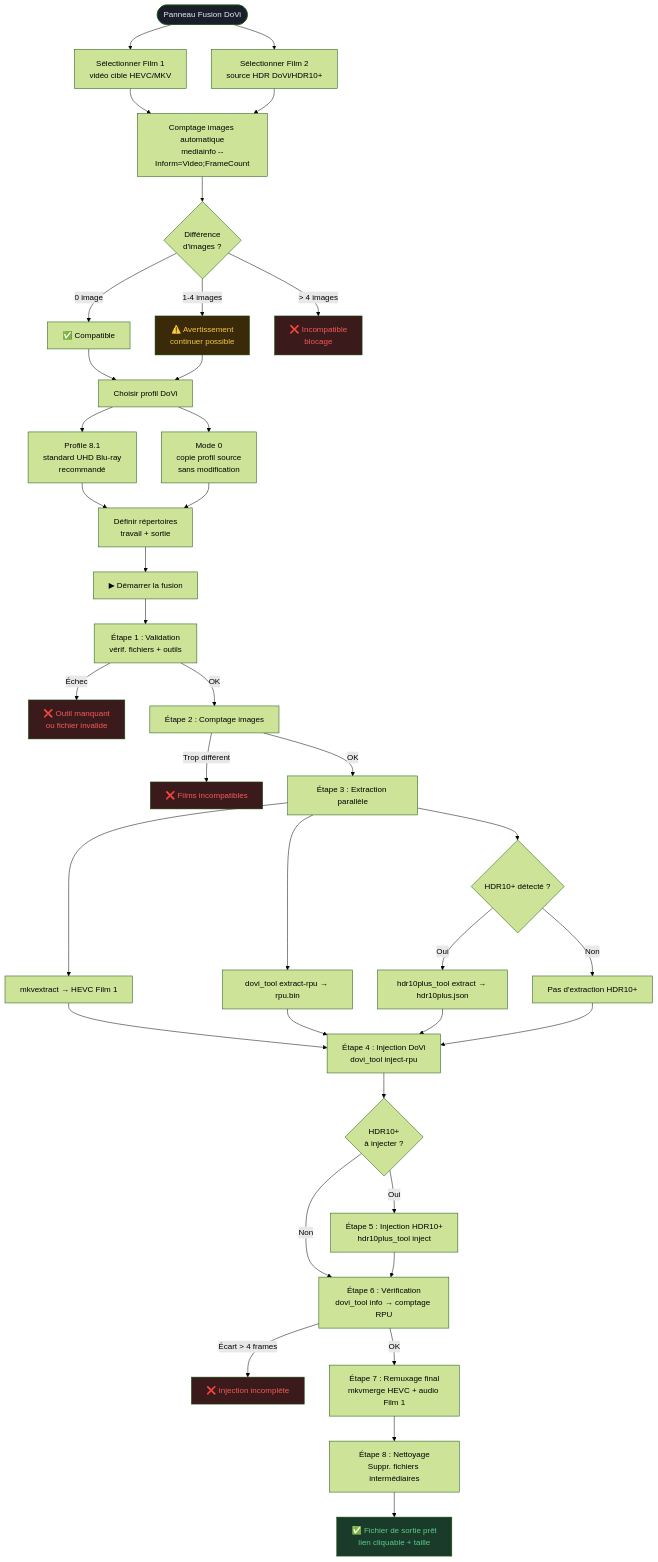
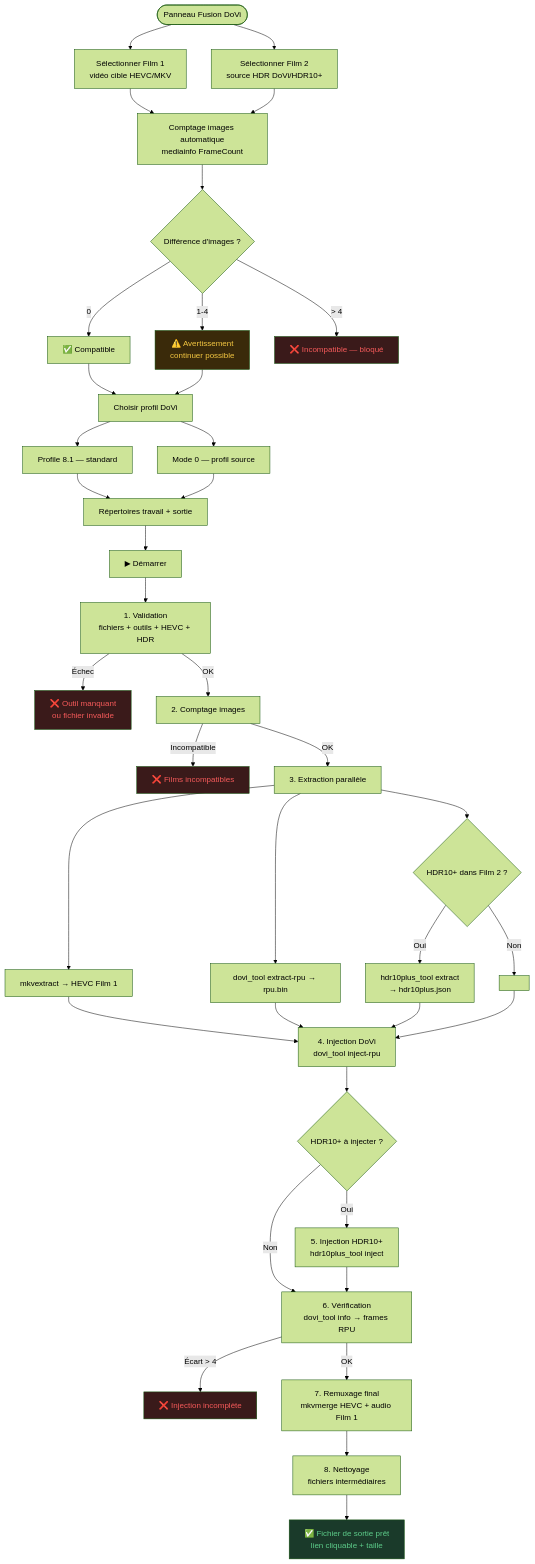
Before and after one commit to Hydro74000/muxiveo: the fourth of 5 diagrams in README.md, drawn with Mermaid (forest theme). The commit also changed other lines of this file, not shown here.

````diff
--- a/README.md
+++ b/README.md
@@ -584,51 +614,48 @@
 ```mermaid
 flowchart TD
     A([Panneau Fusion DoVi]) --> B1[Sélectionner Film 1\nvidéo cible HEVC/MKV]
     A --> B2[Sélectionner Film 2\nsource HDR DoVi/HDR10+]
 
-    B1 & B2 --> C[Comptage images automatique\nmediainfo --Inform=Video;FrameCount]
+    B1 & B2 --> C[Comptage images automatique\nmediainfo FrameCount]
 
-    C --> D{Différence\nd'images ?}
-    D -->|0 image| E[✅ Compatible]
-    D -->|1-4 images| F[⚠️ Avertissement\ncontinuer possible]
-    D -->|> 4 images| G[❌ Incompatible\nblocage]
+    C --> D{Différence d'images ?}
+    D -->|0| E[✅ Compatible]
+    D -->|1-4| F[⚠️ Avertissement\ncontinuer possible]
+    D -->|> 4| G[❌ Incompatible — bloqué]
 
     E & F --> H[Choisir profil DoVi]
-    H --> H1[Profile 8.1\nstandard UHD Blu-ray\nrecommandé]
-    H --> H2[Mode 0\ncopie profil source\nsans modification]
+    H --> H1[Profile 8.1 — standard]
+    H --> H2[Mode 0 — profil source]
 
-    H1 & H2 --> I[Définir répertoires\ntravail + sortie]
-    I --> J[▶ Démarrer la fusion]
+    H1 & H2 --> I[Répertoires travail + sortie]
+    I --> J[▶ Démarrer]
 
-    J --> S1[Étape 1 : Validation\nvérif. fichiers + outils]
+    J --> S1[1. Validation\nfichiers + outils + HEVC + HDR]
     S1 -->|Échec| ERR1[❌ Outil manquant\nou fichier invalide]
-    S1 -->|OK| S2[Étape 2 : Comptage images]
-    S2 -->|Trop différent| ERR2[❌ Films incompatibles]
-    S2 -->|OK| S3[Étape 3 : Extraction parallèle]
+    S1 -->|OK| S2[2. Comptage images]
+    S2 -->|Incompatible| ERR2[❌ Films incompatibles]
+    S2 -->|OK| S3[3. Extraction parallèle]
 
     S3 --> EX1[mkvextract → HEVC Film 1]
     S3 --> EX2[dovi_tool extract-rpu → rpu.bin]
-    S3 --> EX3{HDR10+ détecté ?}
-    EX3 -->|Oui| EX4[hdr10plus_tool extract → hdr10plus.json]
-    EX3 -->|Non| EX5[Pas d'extraction HDR10+]
+    S3 --> EX3{HDR10+ dans Film 2 ?}
+    EX3 -->|Oui| EX4[hdr10plus_tool extract\n→ hdr10plus.json]
+    EX3 -->|Non| EX5[ ]
 
-    EX1 & EX2 & EX4 & EX5 --> S4
-
-    S4[Étape 4 : Injection DoVi\ndovi_tool inject-rpu] --> S5{HDR10+\nà injecter ?}
-    S5 -->|Oui| S5A[Étape 5 : Injection HDR10+\nhdr10plus_tool inject]
+    EX1 & EX2 & EX4 & EX5 --> S4[4. Injection DoVi\ndovi_tool inject-rpu]
+    S4 --> S5{HDR10+ à injecter ?}
+    S5 -->|Oui| S5A[5. Injection HDR10+\nhdr10plus_tool inject]
     S5 -->|Non| S6
-
-    S5A --> S6[Étape 6 : Vérification\ndovi_tool info → comptage RPU]
-    S6 -->|Écart > 4 frames| ERR3[❌ Injection incomplète]
-    S6 -->|OK| S7[Étape 7 : Remuxage final\nmkvmerge HEVC + audio Film 1]
-    S7 --> S8[Étape 8 : Nettoyage\nSuppr. fichiers intermédiaires]
+    S5A --> S6[6. Vérification\ndovi_tool info → frames RPU]
+    S6 -->|Écart > 4| ERR3[❌ Injection incomplète]
+    S6 -->|OK| S7[7. Remuxage final\nmkvmerge HEVC + audio Film 1]
+    S7 --> S8[8. Nettoyage\nfichiers intermédiaires]
     S8 --> OK1[✅ Fichier de sortie prêt\nlien cliquable + taille]
 
-    style A fill:#1a1e2a,color:#e8ecf4
     style OK1 fill:#1a3a2a,color:#5dcc8a
     style ERR1 fill:#3a1a1a,color:#f55a5a
     style ERR2 fill:#3a1a1a,color:#f55a5a
     style ERR3 fill:#3a1a1a,color:#f55a5a
     style G fill:#3a1a1a,color:#f55a5a
     style F fill:#3a2a0a,color:#f5c842
 ```
````
